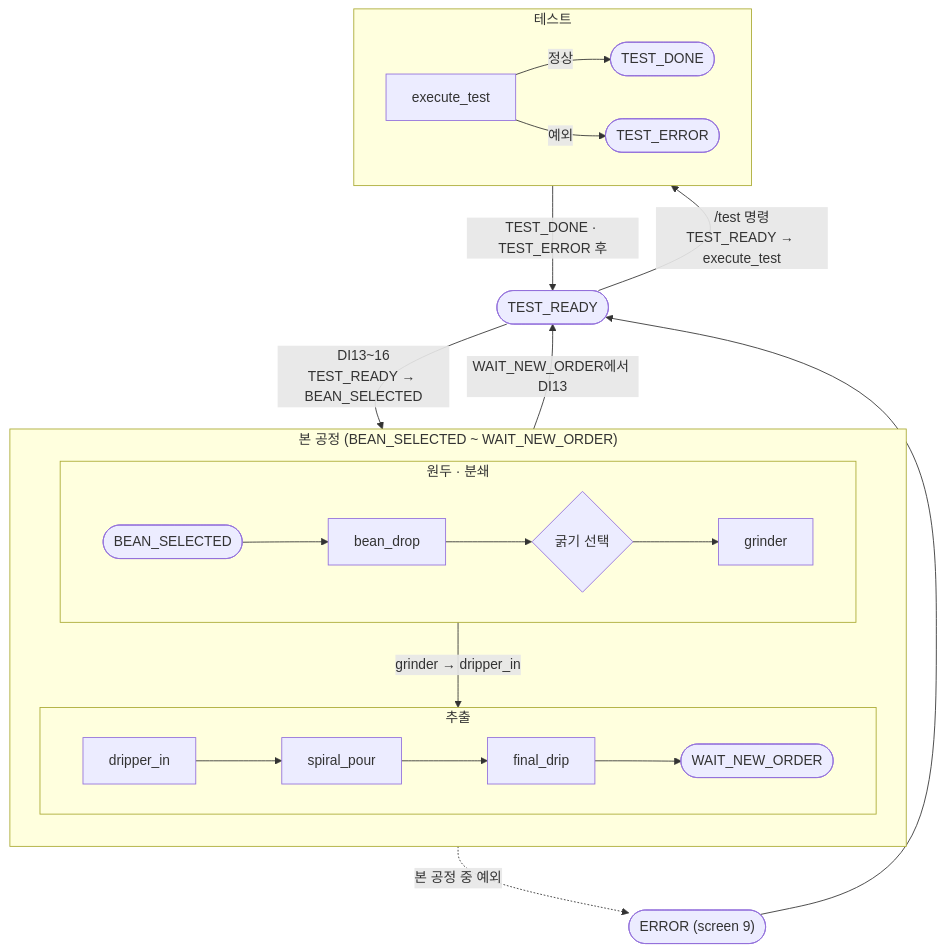
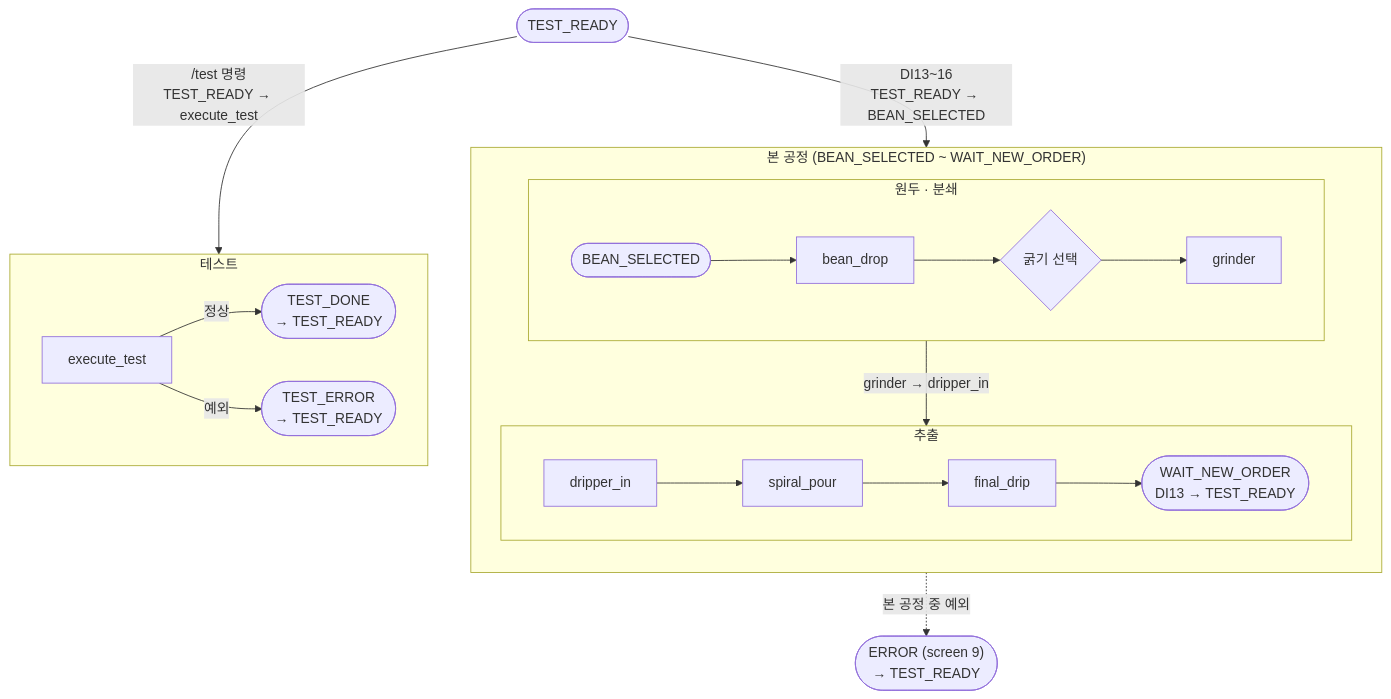
One commit to gwanhuiGIM/Rokey_cobot1 changed the second of 2 diagrams in README.md. Above: the diagram before and after it, drawn with Mermaid. The commit also changed other lines of this file, not shown here.

````diff
--- a/README.md
+++ b/README.md
@@ -155,26 +167,24 @@
 ```mermaid
 flowchart TB
     TR([TEST_READY])
     subgraph MAIN["본 공정 (BEAN_SELECTED ~ WAIT_NEW_ORDER)"]
         direction TB
         subgraph PREP["원두 · 분쇄"]
             direction LR
             BS([BEAN_SELECTED]) --> bean_drop --> SEL{"굵기 선택"} --> grinder
         end
         subgraph BREW["추출"]
             direction LR
-            dripper_in --> spiral_pour --> final_drip --> WNO([WAIT_NEW_ORDER])
+            dripper_in --> spiral_pour --> final_drip --> WNO(["WAIT_NEW_ORDER<br/>DI13 → TEST_READY"])
         end
         PREP -->|"grinder → dripper_in"| BREW
     end
     subgraph TEST["테스트"]
         direction LR
-        execute_test -->|"정상"| TD([TEST_DONE])
-        execute_test -->|"예외"| TE([TEST_ERROR])
+        execute_test -->|"정상"| TD(["TEST_DONE<br/>→ TEST_READY"])
+        execute_test -->|"예외"| TE(["TEST_ERROR<br/>→ TEST_READY"])
     end
     TR -->|"DI13~16<br/>TEST_READY → BEAN_SELECTED"| MAIN
-    MAIN -->|"WAIT_NEW_ORDER에서 DI13"| TR
     TR -->|"/test 명령<br/>TEST_READY → execute_test"| TEST
-    TEST -->|"TEST_DONE · TEST_ERROR 후"| TR
-    MAIN -.->|"본 공정 중 예외"| ERR(["ERROR (screen 9)"]) --> TR
+    MAIN -.->|"본 공정 중 예외"| ERR(["ERROR (screen 9)<br/>→ TEST_READY"])
 ```
````
